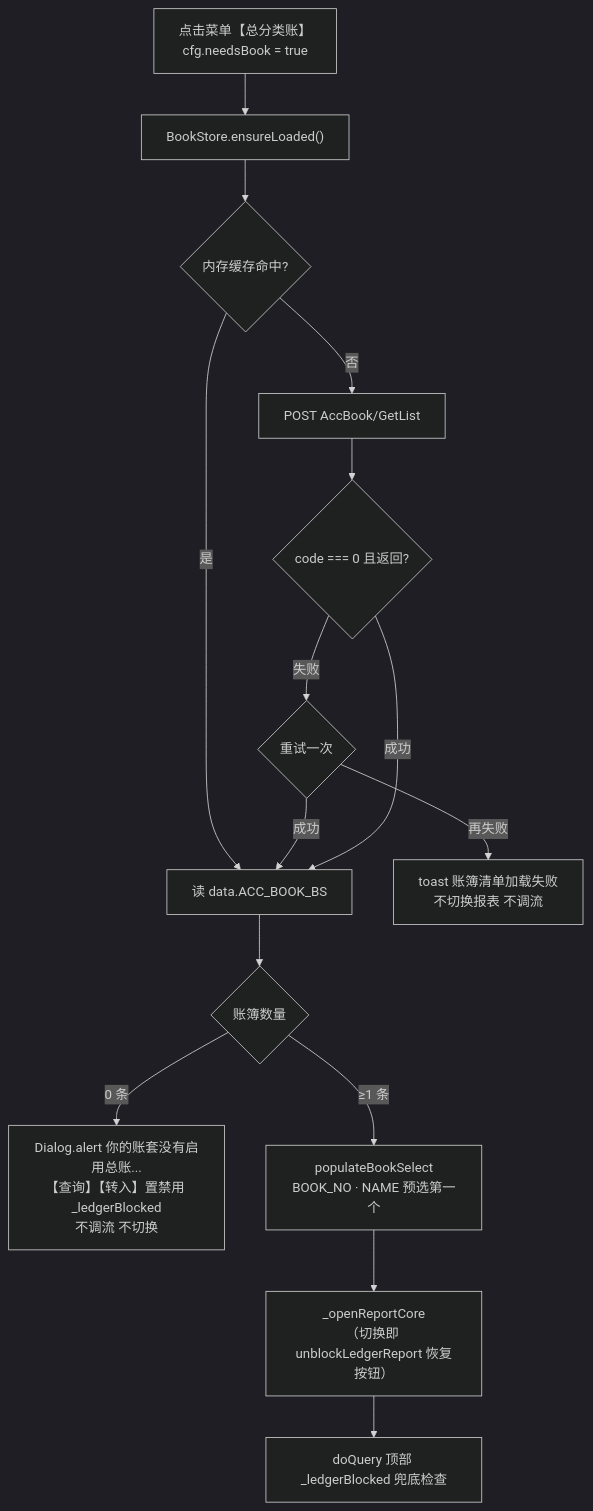
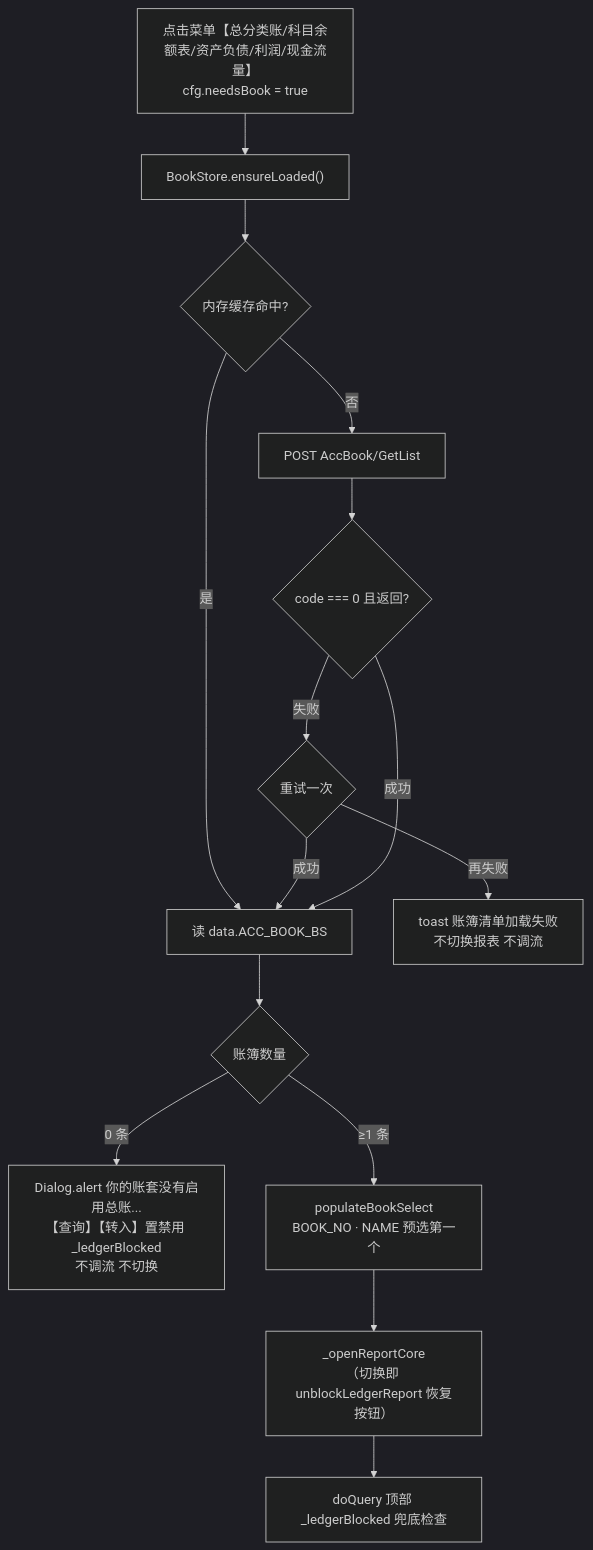
Before and after one commit to ksmingkimo/AsCoding: diagram 20 of 23 in 流程图.md, drawn with Mermaid (dark theme). The commit also changed other lines of this file and 19 other files, not shown here.

````diff
--- a/流程图.md
+++ b/流程图.md
@@ -537,17 +547,17 @@
 ```mermaid
 flowchart TD
-    A["点击菜单【总分类账】<br/>cfg.needsBook = true"] --> B["BookStore.ensureLoaded()"]
+    A["点击菜单【总分类账/科目余额表/资产负债/利润/现金流量】<br/>cfg.needsBook = true"] --> B["BookStore.ensureLoaded()"]
     B --> C{内存缓存命中?}
     C -->|是| H
     C -->|否| D["POST AccBook/GetList"]
     D --> E{code === 0 且返回?}
     E -->|失败| F{重试一次}
     F -->|再失败| G["toast 账簿清单加载失败<br/>不切换报表 不调流"]
     F -->|成功| H["读 data.ACC_BOOK_BS"]
     E -->|成功| H
     H --> I{账簿数量}
     I -->|0 条| J["Dialog.alert 你的账套没有启用总账...<br/>【查询】【转入】置禁用 _ledgerBlocked<br/>不调流 不切换"]
     I -->|≥1 条| K["populateBookSelect<br/>BOOK_NO · NAME 预选第一个"]
     K --> L["_openReportCore<br/>（切换即 unblockLedgerReport 恢复按钮）"]
     L --> M["doQuery 顶部 _ledgerBlocked 兜底检查"]
 ```
````
